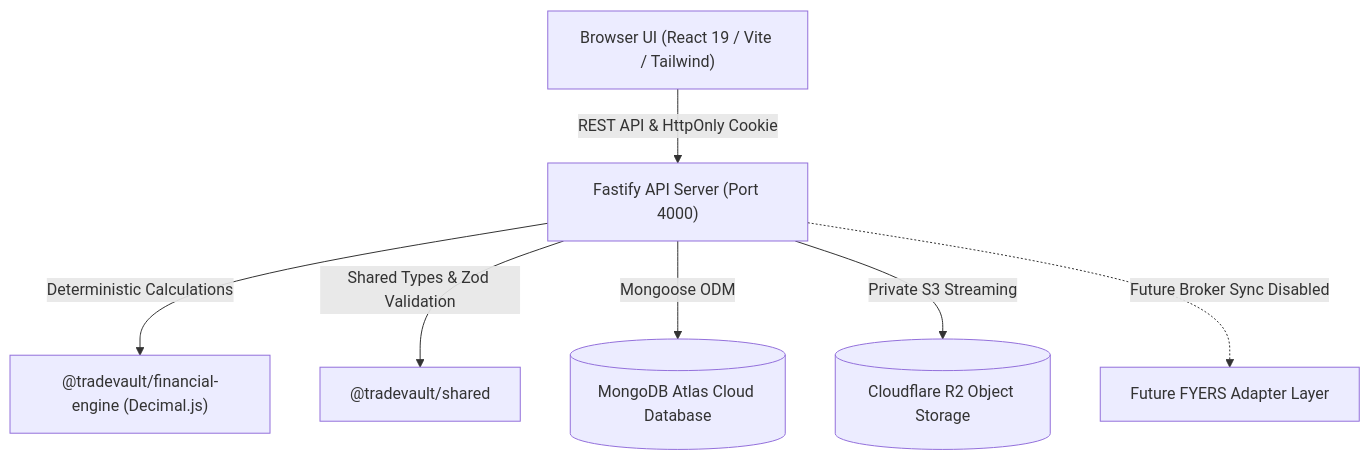
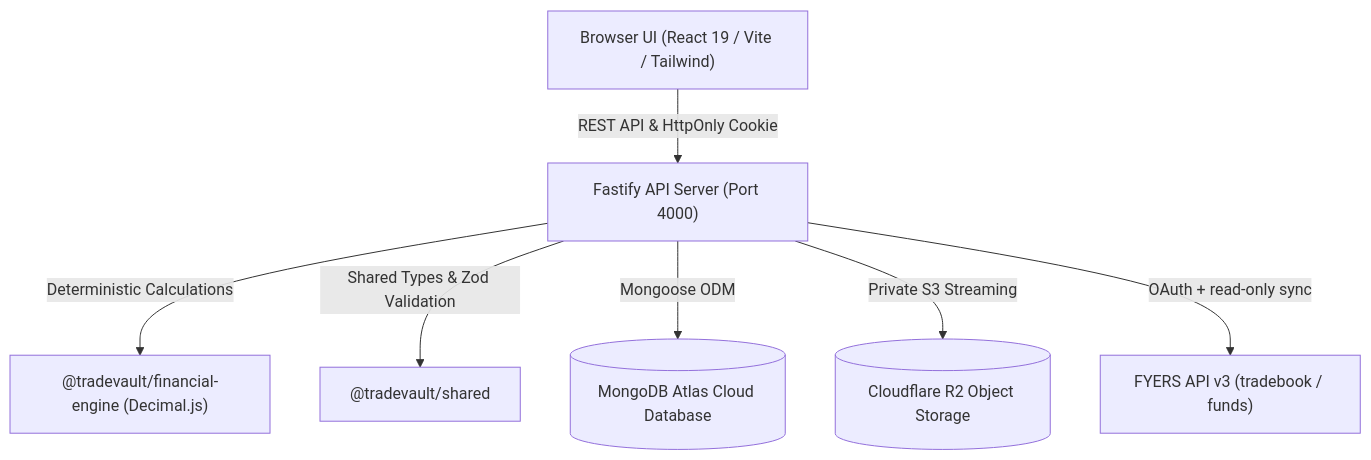
Before and after one commit to Rohsh00/SetupMint: the diagram in docs/ARCHITECTURE.md, drawn with Mermaid. The commit also changed 52 other files, not shown here.

Commit message:
feat(integrations): add live FYERS funds sync, balance projection, and full documentation update

````diff
--- a/docs/ARCHITECTURE.md
+++ b/docs/ARCHITECTURE.md
@@ -32,9 +32,9 @@
 ```mermaid
 graph TD
     Client["Browser UI (React 19 / Vite / Tailwind)"] -->|REST API & HttpOnly Cookie| API["Fastify API Server (Port 4000)"]
     API -->|Deterministic Calculations| FE["@tradevault/financial-engine (Decimal.js)"]
     API -->|Shared Types & Zod Validation| Shared["@tradevault/shared"]
     API -->|Mongoose ODM| DB[("MongoDB Atlas Cloud Database")]
     API -->|Private S3 Streaming| Storage[("Cloudflare R2 Object Storage")]
-    API -.->|Future Broker Sync Disabled| Fyers["Future FYERS Adapter Layer"]
+    API -->|OAuth + read-only sync| Fyers["FYERS API v3 (tradebook / funds)"]
 ```
````
